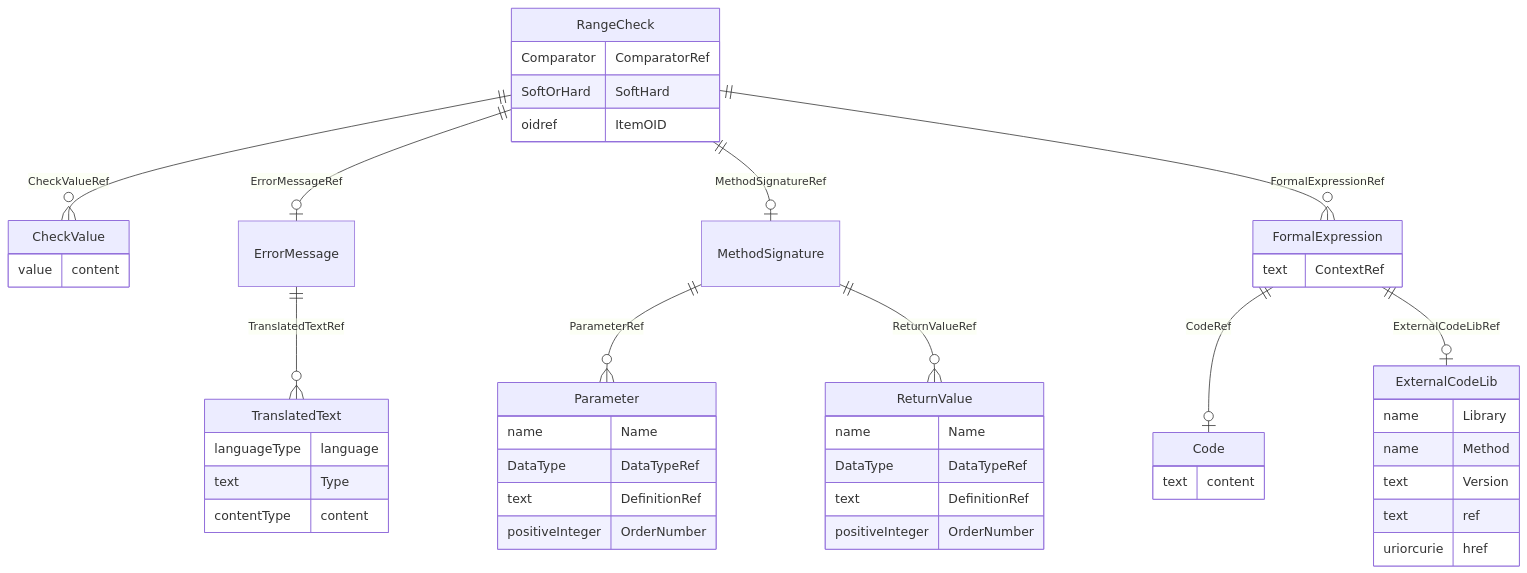
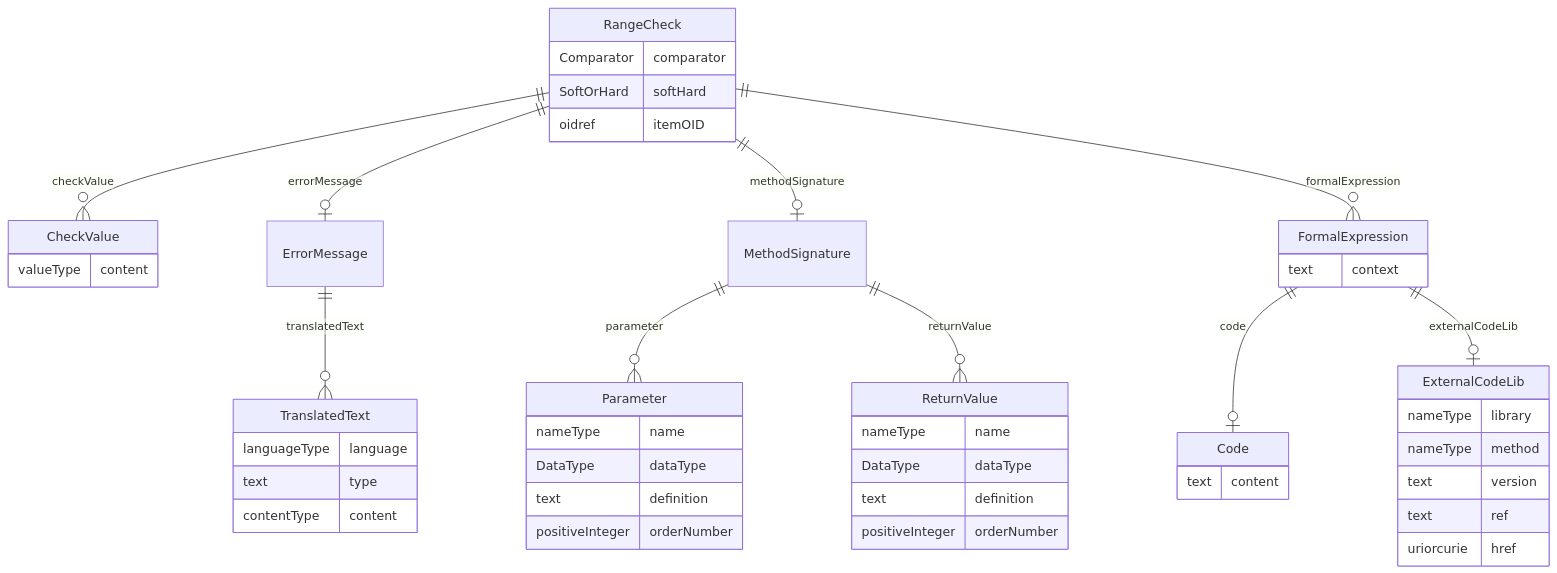
One commit to cdisc-org/DataExchange-ODM-LinkML changed the diagram in docs/RangeCheck.md. Above: the diagram before and after it, drawn with Mermaid. The commit also changed other lines of this file and 759 other files, not shown here.

````diff
--- a/docs/RangeCheck.md
+++ b/docs/RangeCheck.md
@@ -11,58 +11,58 @@
 ```mermaid
 erDiagram
 RangeCheck {
-    Comparator ComparatorRef  
-    SoftOrHard SoftHard  
-    oidref ItemOID  
+    Comparator comparator  
+    SoftOrHard softHard  
+    oidref itemOID  
 }
 CheckValue {
-    value content  
+    valueType content  
 }
 FormalExpression {
-    text ContextRef  
+    text context  
 }
 ExternalCodeLib {
-    name Library  
-    name Method  
-    text Version  
+    nameType library  
+    nameType method  
+    text version  
     text ref  
     uriorcurie href  
 }
 Code {
     text content  
 }
 MethodSignature {
 
 }
 ReturnValue {
-    name Name  
-    DataType DataTypeRef  
-    text DefinitionRef  
-    positiveInteger OrderNumber  
+    nameType name  
+    DataType dataType  
+    text definition  
+    positiveInteger orderNumber  
 }
 Parameter {
-    name Name  
-    DataType DataTypeRef  
-    text DefinitionRef  
-    positiveInteger OrderNumber  
+    nameType name  
+    DataType dataType  
+    text definition  
+    positiveInteger orderNumber  
 }
 ErrorMessage {
 
 }
 TranslatedText {
     languageType language  
-    text Type  
+    text type  
     contentType content  
 }
 
-RangeCheck ||--|o ErrorMessage : "ErrorMessageRef"
-RangeCheck ||--|o MethodSignature : "MethodSignatureRef"
-RangeCheck ||--}o FormalExpression : "FormalExpressionRef"
-RangeCheck ||--}o CheckValue : "CheckValueRef"
-FormalExpression ||--|o Code : "CodeRef"
-FormalExpression ||--|o ExternalCodeLib : "ExternalCodeLibRef"
-MethodSignature ||--}o Parameter : "ParameterRef"
-MethodSignature ||--}o ReturnValue : "ReturnValueRef"
-ErrorMessage ||--}o TranslatedText : "TranslatedTextRef"
+RangeCheck ||--|o ErrorMessage : "errorMessage"
+RangeCheck ||--|o MethodSignature : "methodSignature"
+RangeCheck ||--}o FormalExpression : "formalExpression"
+RangeCheck ||--}o CheckValue : "checkValue"
+FormalExpression ||--|o Code : "code"
+FormalExpression ||--|o ExternalCodeLib : "externalCodeLib"
+MethodSignature ||--}o Parameter : "parameter"
+MethodSignature ||--}o ReturnValue : "returnValue"
+ErrorMessage ||--}o TranslatedText : "translatedText"
 
 ```
````
